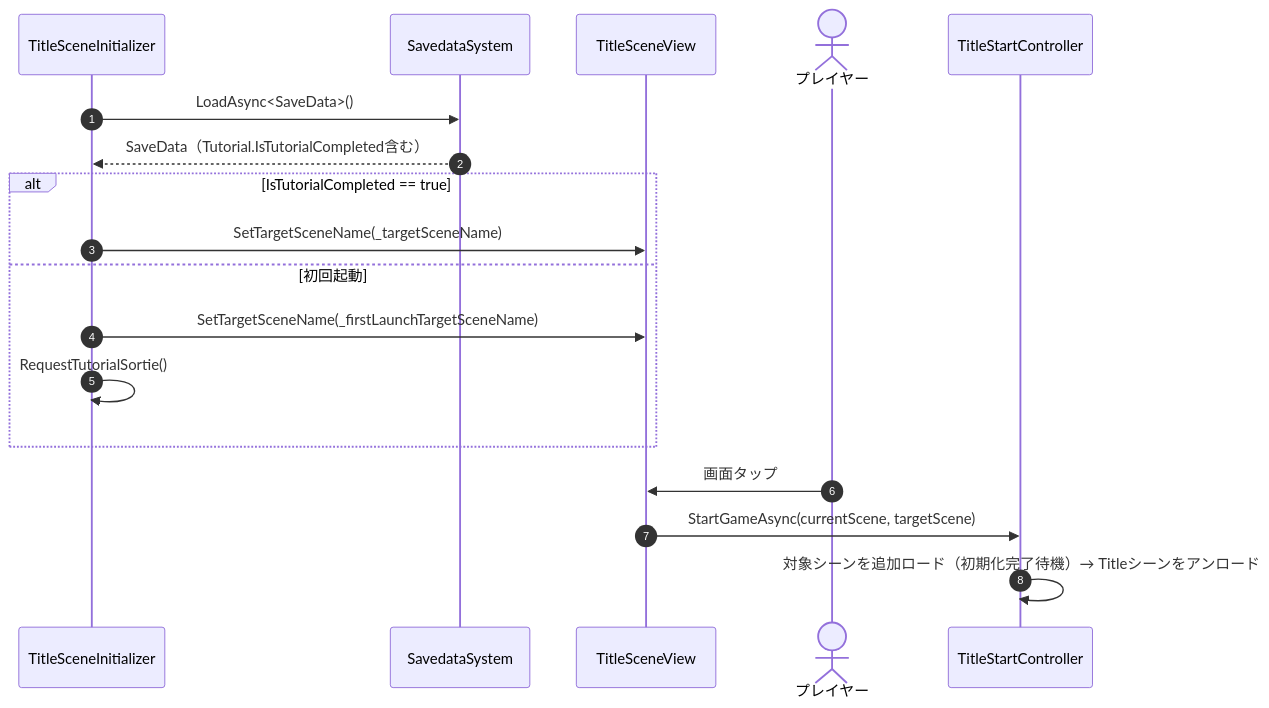
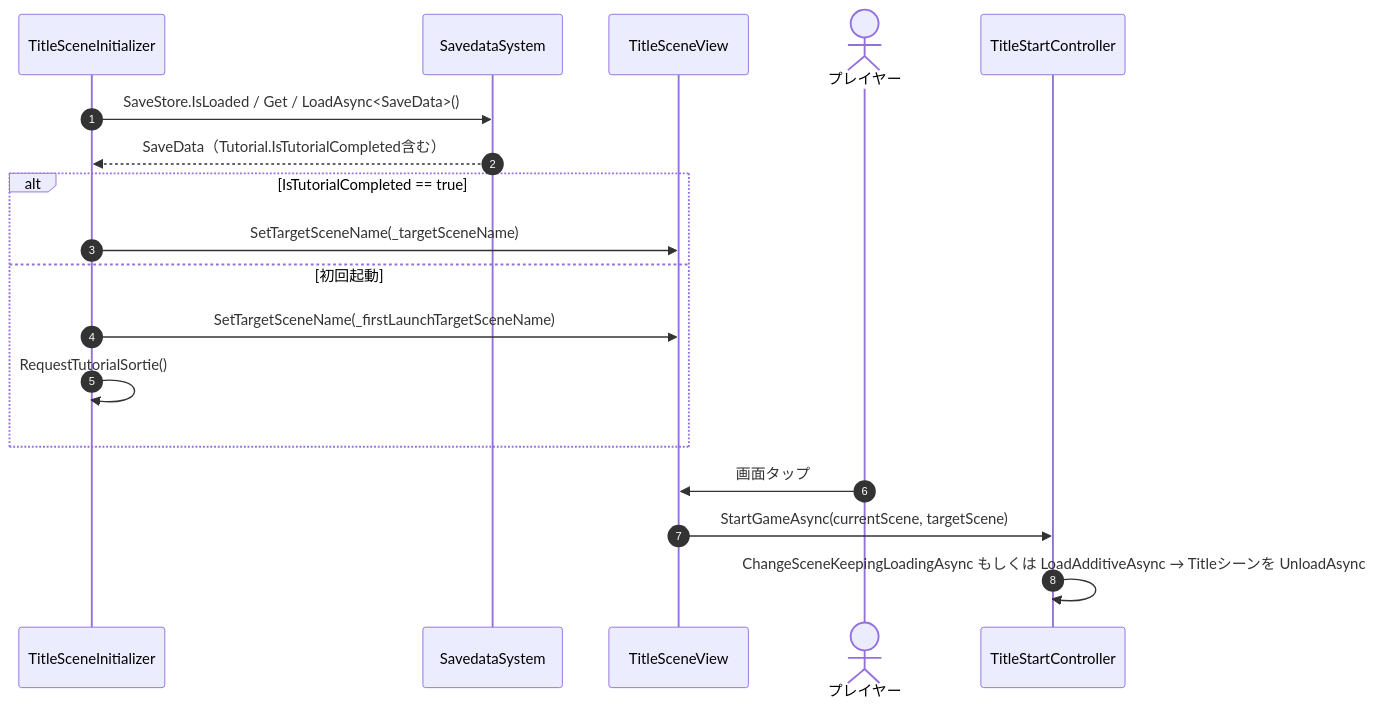
The second of 3 diagrams in Assets/Docs/ScriptsDocs/Modules/NotionModuleDocs/Title.md (HIBIKI5201/SymphonyKillChord), drawn with Mermaid before and after one commit. The commit also changed other lines of this file and 6 other files, not shown here.

````diff
--- a/Assets/Docs/ScriptsDocs/Modules/NotionModuleDocs/Title.md
+++ b/Assets/Docs/ScriptsDocs/Modules/NotionModuleDocs/Title.md
@@ -126,21 +129,21 @@
 ```mermaid
 sequenceDiagram
     autonumber
     participant Init as TitleSceneInitializer
     participant Save as SavedataSystem
     participant View as TitleSceneView
     actor Player as プレイヤー
     participant StartCtrl as TitleStartController
 
-    Init ->> Save: LoadAsync<SaveData>()
+    Init ->> Save: SaveStore.IsLoaded / Get / LoadAsync<SaveData>()
     Save -->> Init: SaveData（Tutorial.IsTutorialCompleted含む）
     alt IsTutorialCompleted == true
         Init ->> View: SetTargetSceneName(_targetSceneName)
     else 初回起動
         Init ->> View: SetTargetSceneName(_firstLaunchTargetSceneName)
         Init ->> Init: RequestTutorialSortie()
     end
     Player ->> View: 画面タップ
     View ->> StartCtrl: StartGameAsync(currentScene, targetScene)
-    StartCtrl ->> StartCtrl: 対象シーンを追加ロード（初期化完了待機）→ Titleシーンをアンロード
+    StartCtrl ->> StartCtrl: ChangeSceneKeepingLoadingAsync もしくは LoadAdditiveAsync → Titleシーンを UnloadAsync
 ```
````
